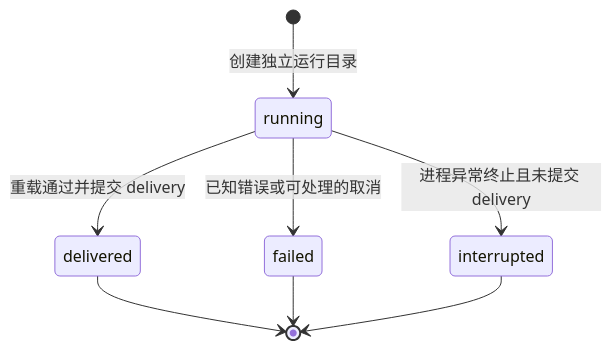
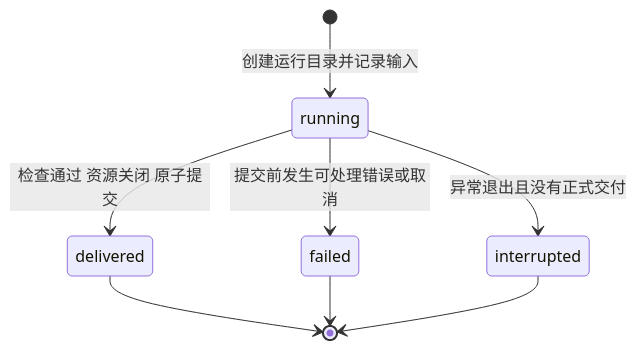
One commit to Jack7510/ggb-plugins changed the third of 4 diagrams in docs/ggb-plugins-design.md. Above: the diagram before and after it, drawn with Mermaid. The commit also changed other lines of this file and 16 other files, not shown here.

````diff
--- a/docs/ggb-plugins-design.md
+++ b/docs/ggb-plugins-design.md
@@ -235,10 +233,10 @@
 ```mermaid
 stateDiagram-v2
-  [*] --> running: 创建独立运行目录
-  running --> delivered: 重载通过并提交 delivery
-  running --> failed: 已知错误或可处理的取消
-  running --> interrupted: 进程异常终止且未提交 delivery
+  [*] --> running: 创建运行目录并记录输入
+  running --> delivered: 检查通过 资源关闭 原子提交
+  running --> failed: 提交前发生可处理错误或取消
+  running --> interrupted: 异常退出且没有正式交付
   delivered --> [*]
   failed --> [*]
   interrupted --> [*]
 ```
````
